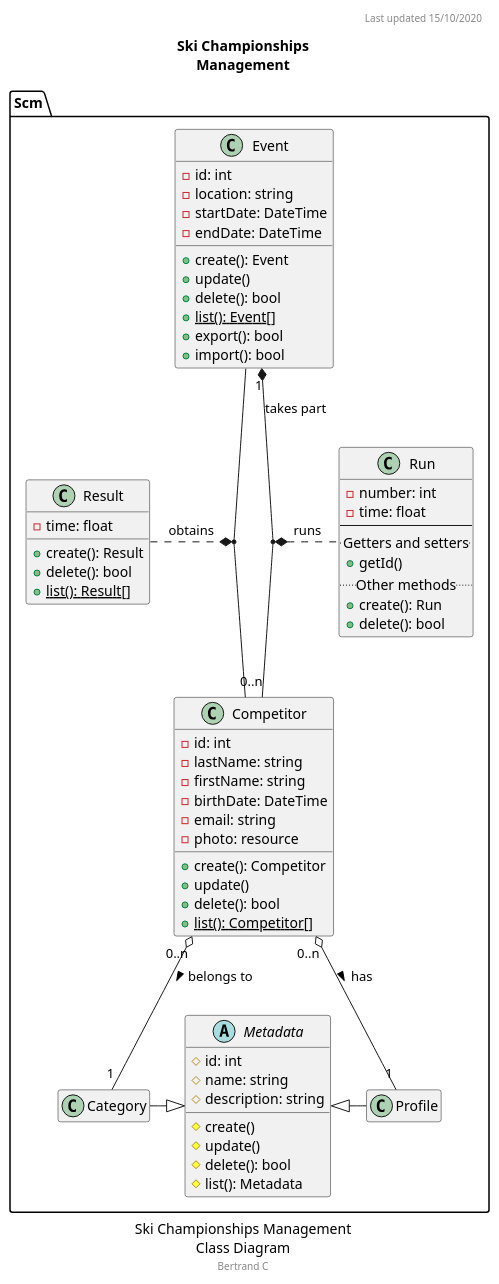
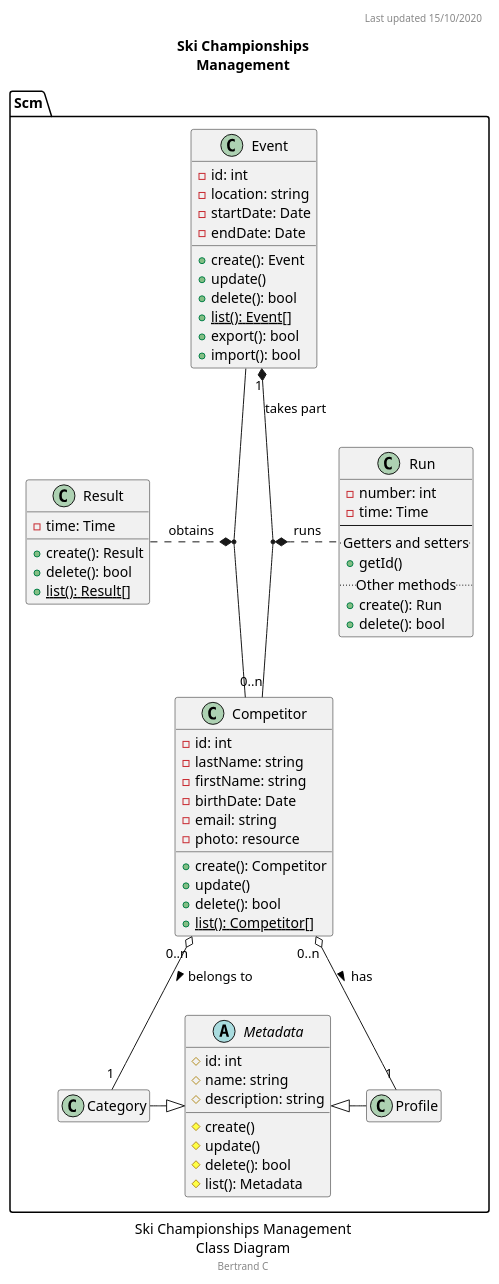
The second of 2 diagrams in docs/diagrams/src/Ski Championship Management.wsd (bcheronn/ski-championships-management), drawn with PlantUML before and after one commit. The commit also changed 2 other files, not shown here.

Commit message:
Date and time updated

```diff
--- a/docs/diagrams/src/Ski Championship Management.wsd
+++ b/docs/diagrams/src/Ski Championship Management.wsd
@@ -8,86 +8,86 @@
 @startuml "Ski Championships Management Class Diagram"
 hide empty members
 caption Ski Championships Management\nClass Diagram
 footer Bertrand C
 header Last updated 15/10/2020
 title Ski Championships\nManagement
 
 namespace Scm {
     'note "This is a floating note\n<b>in case I need it</b>" as N1
 
     class Event
     {
         -id: int
         -location: string
-        -startDate: DateTime
-        -endDate: DateTime
+        -startDate: Date
+        -endDate: Date
         +create(): Event
         +update()
         +delete(): bool
         +{static}list(): Event[]
         +export(): bool
         +import(): bool
     }
 
     class Competitor
     {
         -id: int
         -lastName: string
         -firstName: string
-        -birthDate: DateTime
+        -birthDate: Date
         -email: string
         -photo: resource
         +create(): Competitor
         +update()
         +delete(): bool
         +{static}list(): Competitor[]
     }
 
     class Run
     {
         -number: int
-        -time: float
+        -time: Time
         --
         ..Getters and setters..
         +getId()
         ..Other methods..
         +create(): Run
         +delete(): bool
     }
 
     class Result
     {
-        -time: float
+        -time: Time
         +create(): Result
         +delete(): bool
         +{static}list(): Result[]
     }
 
     abstract Metadata
     {
         #id: int
         #name: string
         #description: string
         #create()
         #update()
         #delete(): bool
         #list(): Metadata
     }
 
     class Category
     {
     }
 
     class Profile
     {
     }
 
     (Event, Competitor) "1" *.. "1" Result : obtains
     Event "1" *-- "0..n" Competitor : < takes part
     (Event, Competitor) "1" *.. "0..2" Run : runs
     Metadata <|-l- Category
     Metadata <|-r- Profile
     Competitor "0..n" o-- "1" Category : belongs to >
     Competitor "0..n" o-- "1" Profile : has >
 }
 @enduml
```
